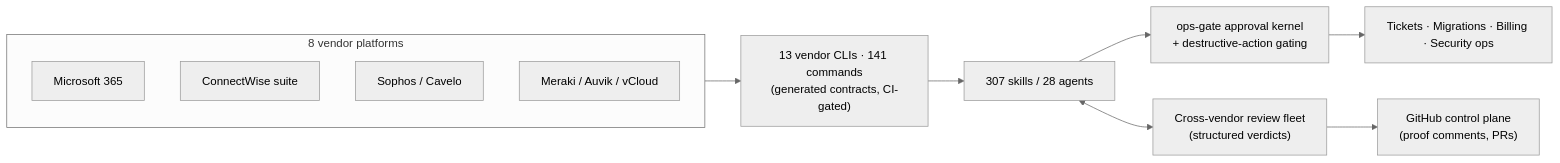
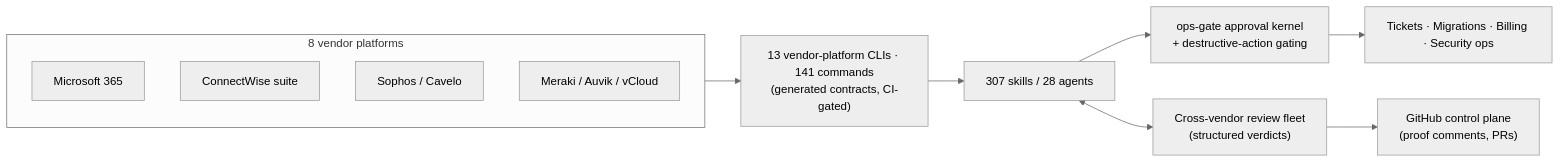
One commit to ssmanji89/sulemanji-port changed the diagram in case-studies/agentic-msp-delivery.md. Above: the diagram before and after it, drawn with Mermaid (neutral theme). The commit also changed other lines of this file and 37 other files, not shown here.

````diff
--- a/case-studies/agentic-msp-delivery.md
+++ b/case-studies/agentic-msp-delivery.md
@@ -52,12 +59,12 @@
 ```mermaid
 flowchart LR
     subgraph Platforms["8 vendor platforms"]
         M365[Microsoft 365] & CW[ConnectWise suite] & SEC[Sophos / Cavelo] & NET[Meraki / Auvik / vCloud]
     end
-    Platforms --> CLIs["13 vendor CLIs · 141 commands\n(generated contracts, CI-gated)"]
+    Platforms --> CLIs["13 vendor-platform CLIs · 141 commands\n(generated contracts, CI-gated)"]
     CLIs --> Skills["307 skills / 28 agents"]
     Skills --> Gate["ops-gate approval kernel\n+ destructive-action gating"]
     Gate --> Work["Tickets · Migrations · Billing · Security ops"]
     Skills <--> Review["Cross-vendor review fleet\n(structured verdicts)"]
     Review --> GHCP["GitHub control plane\n(proof comments, PRs)"]
 ```
````
